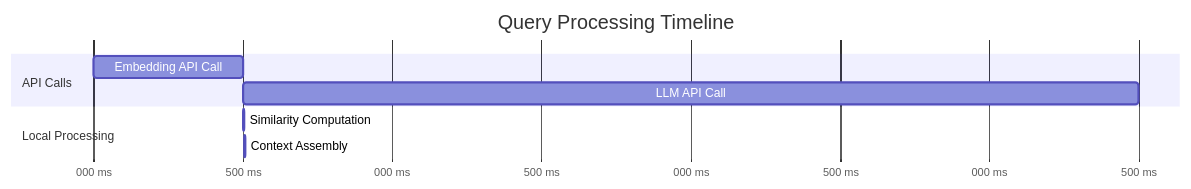
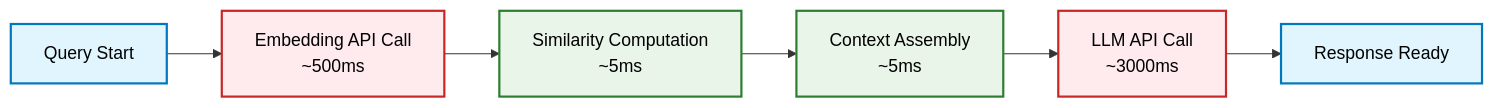
Before and after one commit to ovokpus/AIE8: diagram 14 of 16 in 02_Embeddings_and_RAG/Understanding_Pythonic_RAG.md, drawn with Mermaid. The commit also changed other lines of this file, not shown here.

Commit message:
fixed mermaid

````diff
--- a/02_Embeddings_and_RAG/Understanding_Pythonic_RAG.md
+++ b/02_Embeddings_and_RAG/Understanding_Pythonic_RAG.md
@@ -517,14 +515,16 @@
 ```mermaid
-gantt
-    title Query Processing Timeline
-    dateFormat YYYY-MM-DD
-    axisFormat %L ms
+flowchart LR
+    A[Query Start] --> B[Embedding API Call<br/>~500ms]
+    B --> C[Similarity Computation<br/>~5ms]
+    C --> D[Context Assembly<br/>~5ms]
+    D --> E[LLM API Call<br/>~3000ms]
+    E --> F[Response Ready]
     
-    section API Calls
-    Embedding API Call : task1, 2024-01-01, 500ms
-    LLM API Call : task2, after task1, 3000ms
+    classDef apiCall fill:#ffebee,stroke:#c62828,stroke-width:2px,color:#000000
+    classDef localProcess fill:#e8f5e8,stroke:#2e7d32,stroke-width:2px,color:#000000
+    classDef endpoint fill:#e1f5fe,stroke:#0277bd,stroke-width:2px,color:#000000
     
-    section Local Processing  
-    Similarity Computation : task3, after task1, 5ms
-    Context Assembly : task4, after task3, 5ms
+    class B,E apiCall
+    class C,D localProcess
+    class A,F endpoint
 ```
````
